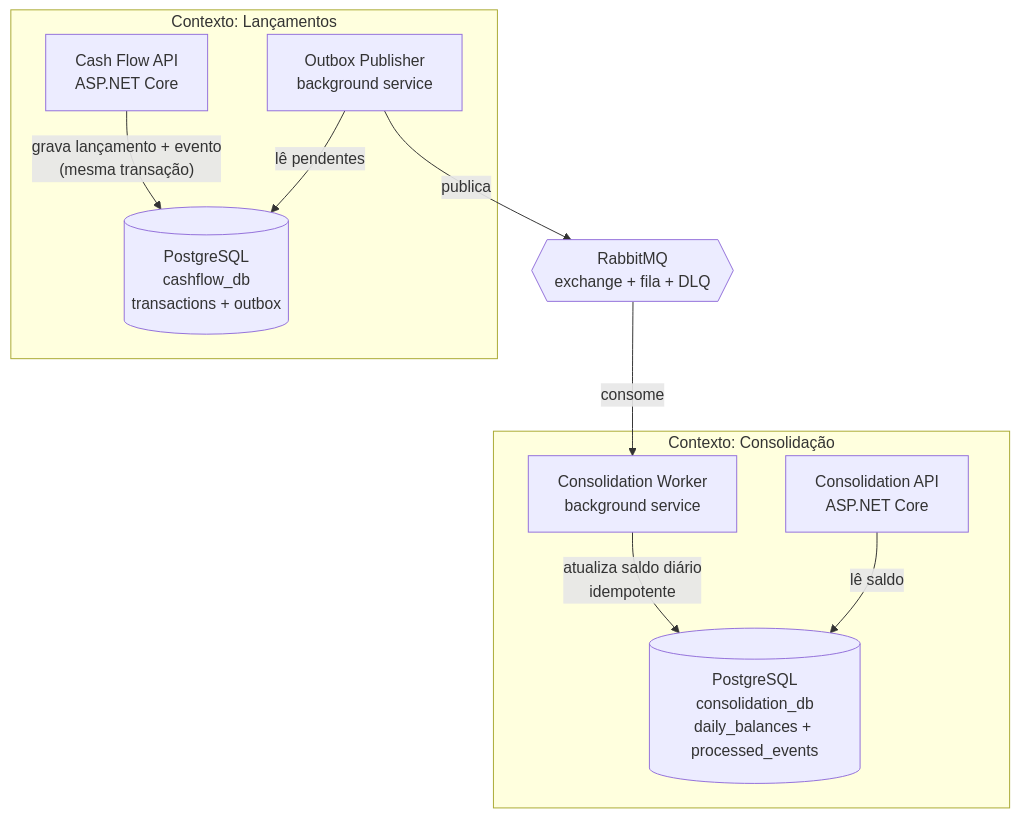
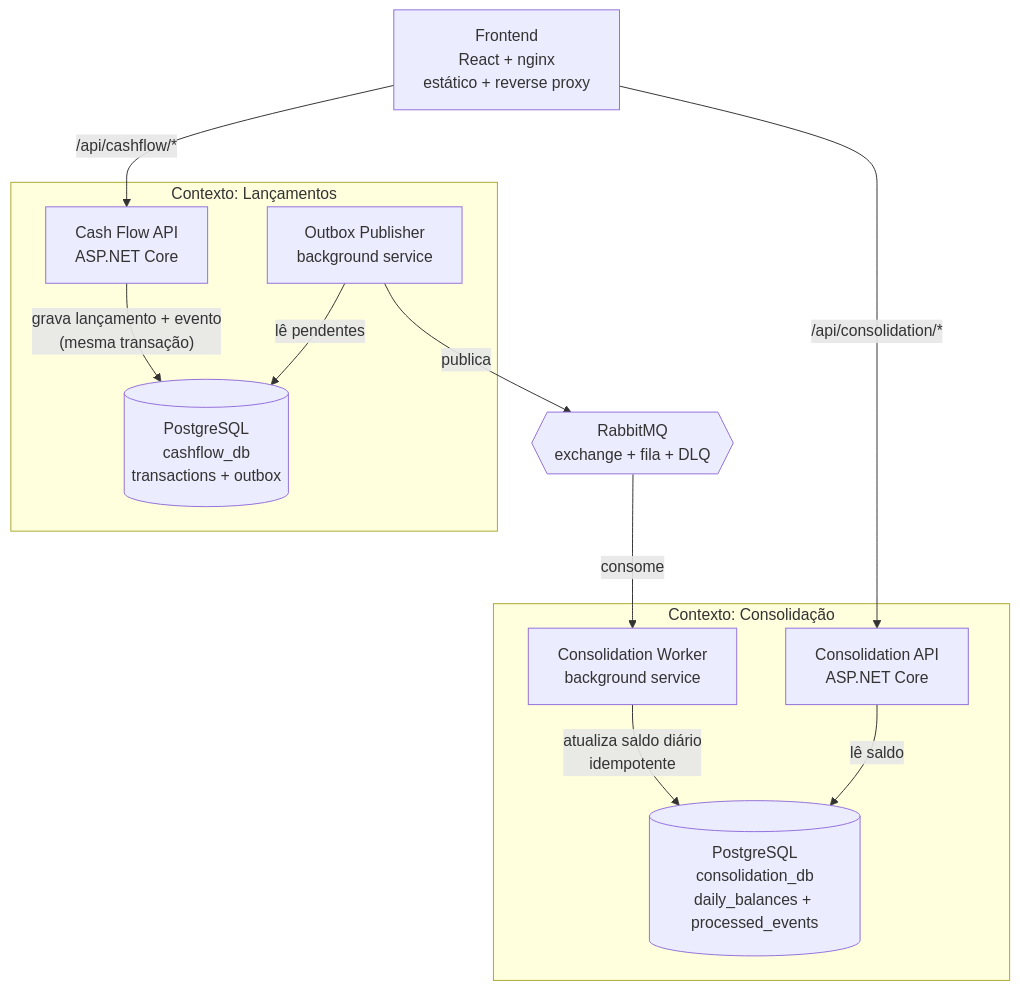
Before and after one commit to rafaelomodei/CashFlow: the second of 5 diagrams in docs/architecture.md, drawn with Mermaid. The commit also changed other lines of this file and 5 other files, not shown here.

````diff
--- a/docs/architecture.md
+++ b/docs/architecture.md
@@ -35,23 +35,28 @@
 ```mermaid
 graph TD
+    FE["Frontend<br/>React + nginx<br/>estático + reverse proxy"]
+
     subgraph CashFlowCtx["Contexto: Lançamentos"]
         API1["Cash Flow API<br/>ASP.NET Core"]
         DB1[("PostgreSQL<br/>cashflow_db<br/>transactions + outbox")]
         PUB["Outbox Publisher<br/>background service"]
         API1 -->|"grava lançamento + evento<br/>(mesma transação)"| DB1
         PUB -->|lê pendentes| DB1
     end
 
     MQ{{"RabbitMQ<br/>exchange + fila + DLQ"}}
 
     subgraph ConsolidationCtx["Contexto: Consolidação"]
         WK["Consolidation Worker<br/>background service"]
         DB2[("PostgreSQL<br/>consolidation_db<br/>daily_balances + processed_events")]
         API2["Consolidation API<br/>ASP.NET Core"]
         WK -->|"atualiza saldo diário<br/>idempotente"| DB2
         API2 -->|lê saldo| DB2
     end
 
     PUB -->|publica| MQ
     MQ -->|consome| WK
+
+    FE -->|"/api/cashflow/*"| API1
+    FE -->|"/api/consolidation/*"| API2
 ```
````
